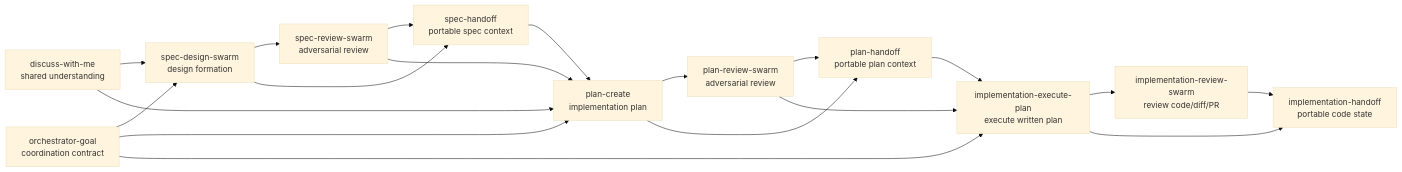
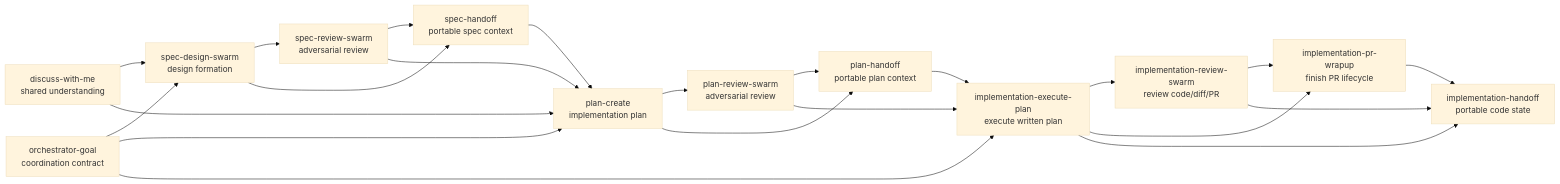
One commit to ShravanSunder/ai-tools changed the diagram in plugins/shravan-dev-workflow/README.md. Above: the diagram before and after it, drawn with Mermaid (base theme). The commit also changed other lines of this file and 33 other files, not shown here.

Commit message:
Add implementation PR wrap-up skill

````diff
--- a/plugins/shravan-dev-workflow/README.md
+++ b/plugins/shravan-dev-workflow/README.md
@@ -53,39 +54,43 @@
 ```mermaid
 flowchart LR
     discuss["discuss-with-me<br/>shared understanding"]
     goal["orchestrator-goal<br/>coordination contract"]
 
     specDesign["spec-design-swarm<br/>design formation"]
     specReview["spec-review-swarm<br/>adversarial review"]
     specHandoff["spec-handoff<br/>portable spec context"]
 
     planCreate["plan-create<br/>implementation plan"]
     planReview["plan-review-swarm<br/>adversarial review"]
     planHandoff["plan-handoff<br/>portable plan context"]
 
     implExecute["implementation-execute-plan<br/>execute written plan"]
     implReview["implementation-review-swarm<br/>review code/diff/PR"]
+    implWrap["implementation-pr-wrapup<br/>finish PR lifecycle"]
     implHandoff["implementation-handoff<br/>portable code state"]
 
     discuss --> specDesign
     discuss --> planCreate
     goal --> specDesign
     goal --> planCreate
     goal --> implExecute
 
     specDesign --> specReview
     specDesign --> specHandoff
     specReview --> specHandoff
     specReview --> planCreate
     specHandoff --> planCreate
 
     planCreate --> planReview
     planCreate --> planHandoff
     planReview --> planHandoff
     planReview --> implExecute
     planHandoff --> implExecute
 
     implExecute --> implReview
+    implExecute --> implWrap
+    implReview --> implWrap
     implExecute --> implHandoff
     implReview --> implHandoff
+    implWrap --> implHandoff
 ```
````
